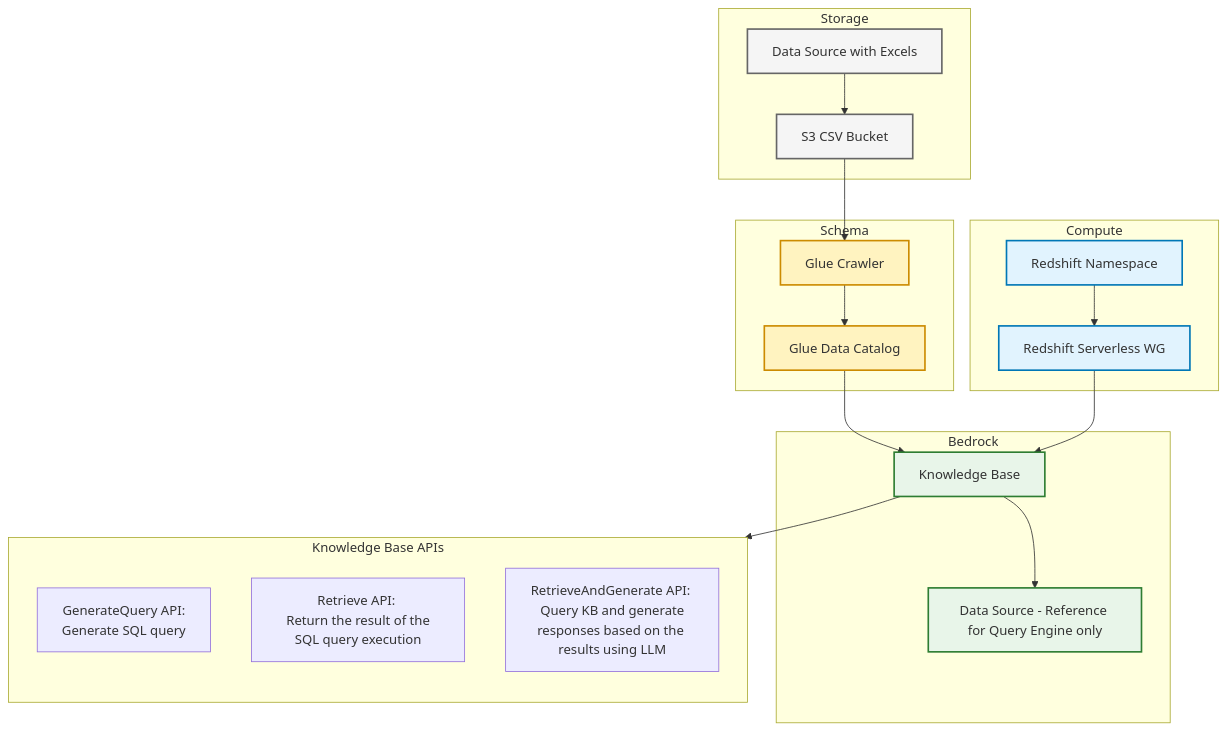
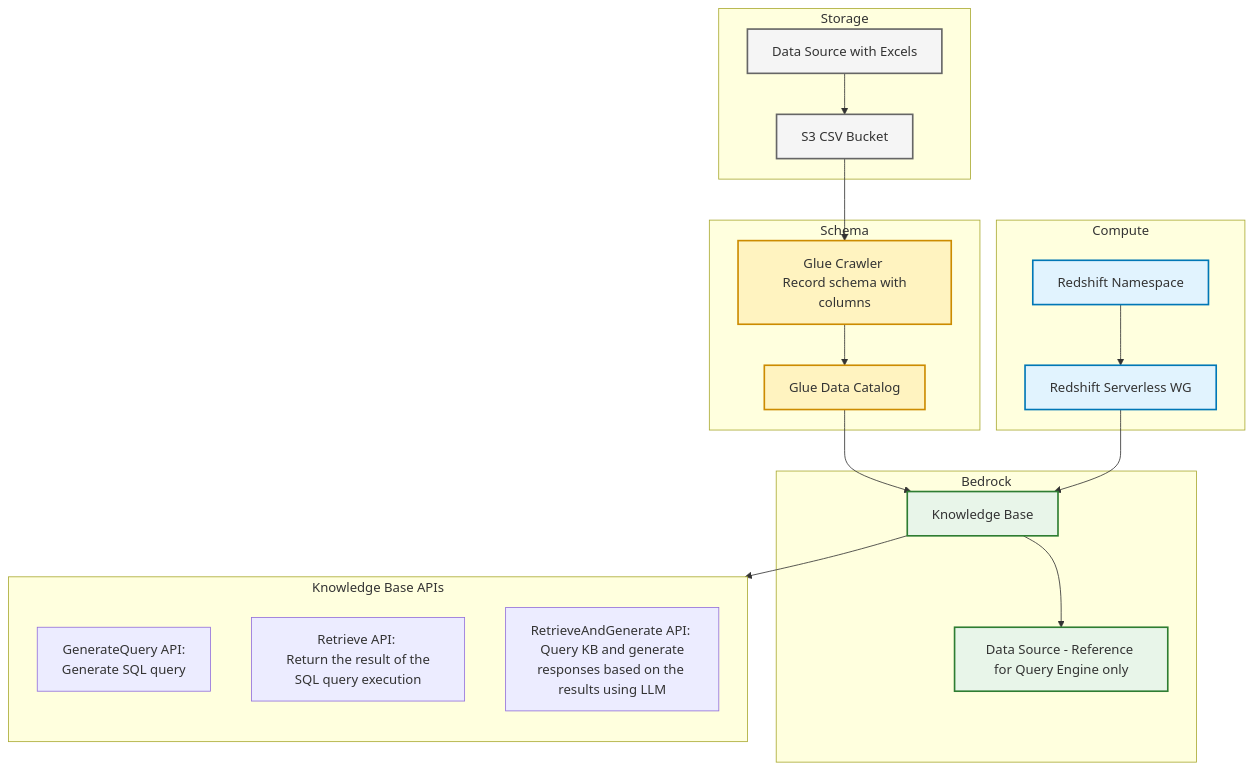
One commit to Natallia-Bahlai/demo-bedrock-knowledge-bases changed the diagram in README.md. Above: the diagram before and after it, drawn with Mermaid. The commit also changed other lines of this file, not shown here.

````diff
--- a/README.md
+++ b/README.md
@@ -5,54 +5,54 @@
 ```mermaid
 graph TD
     direction TB
     subgraph Storage
         DSXLS[Data Source with Excels]
         S3CSV[S3 CSV Bucket]
     end
 
     subgraph Compute
         RS[Redshift Serverless WG]
         RSN[Redshift Namespace]
     end
 
     subgraph Schema
         GDB[Glue Data Catalog]
-        CR[Glue Crawler]
+        CR["Glue Crawler <br/> Record schema with columns"]
     end
 
     subgraph Bedrock
         KB[Knowledge Base]
         DS[Data Source - Reference for Query Engine only]
     end
 
     subgraph API[Knowledge Base APIs]
         direction TB
         GenerateQuery["GenerateQuery API: <br/> Generate SQL query"]
         Retrieve["Retrieve API: <br/> Return the result of the SQL query execution"]
         RetrieveAndGenerate["RetrieveAndGenerate API: <br/> Query KB and generate responses based on the results using LLM"]
     end
 
     DSXLS --> S3CSV
     S3CSV --> CR
     CR --> GDB
     
     RSN --> RS
     
     GDB --> KB
     RS --> KB
     KB --> DS
     KB --> API
 
     %% Style definitions
     classDef storage fill:#f5f5f5,stroke:#666,stroke-width:2px
     classDef compute fill:#e1f3fe,stroke:#0077b6,stroke-width:2px
     classDef schema fill:#fff3c0,stroke:#cc8b00,stroke-width:2px
     classDef bedrock fill:#e8f5e9,stroke:#2e7d32,stroke-width:2px
     classDef flow stroke:#333,stroke-width:2px
 
     %% Applying classes
     class DSXLS,S3CSV storage
     class RS,RSN compute
     class GDB,CR schema
     class KB,DS bedrock
 ```
````
